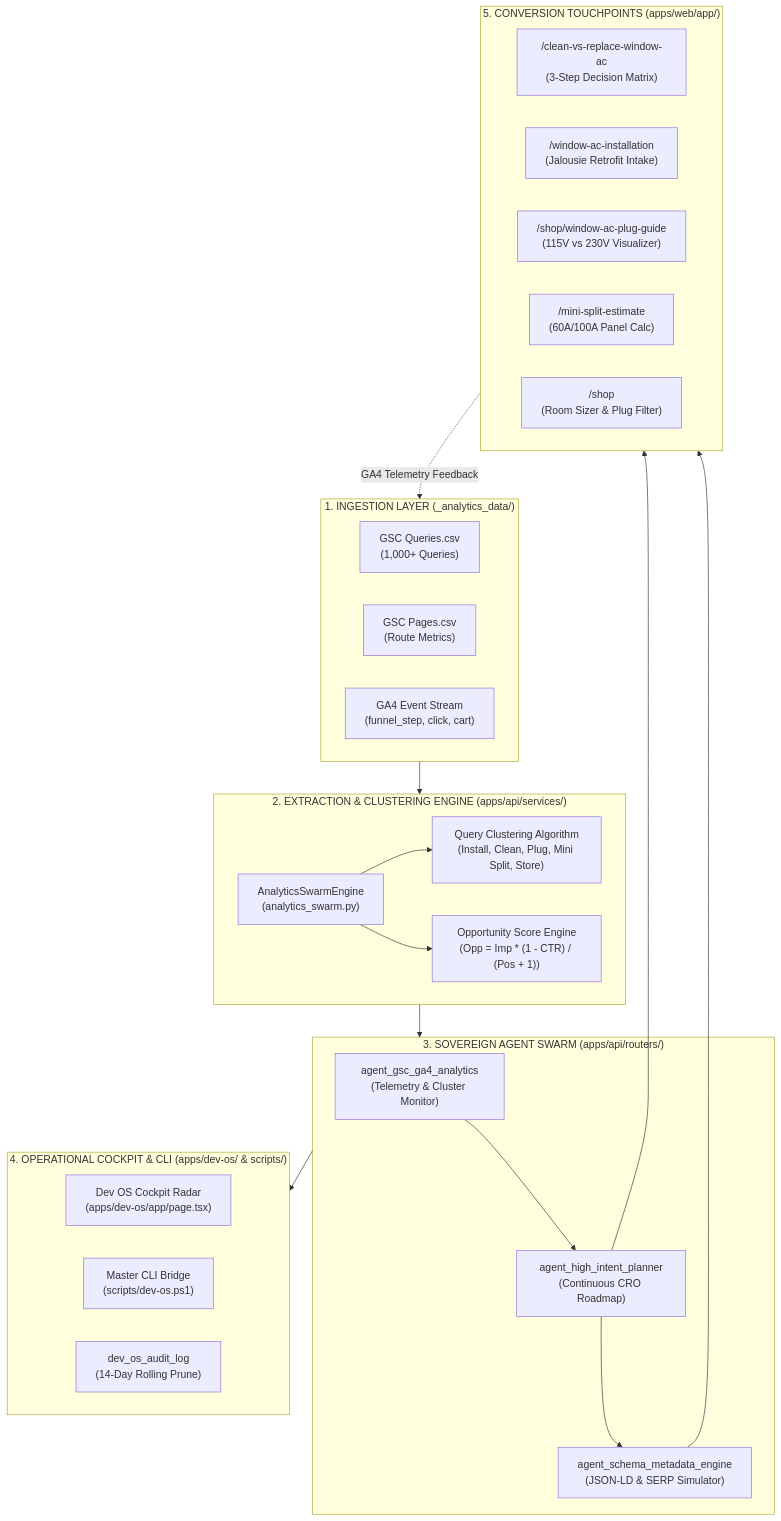
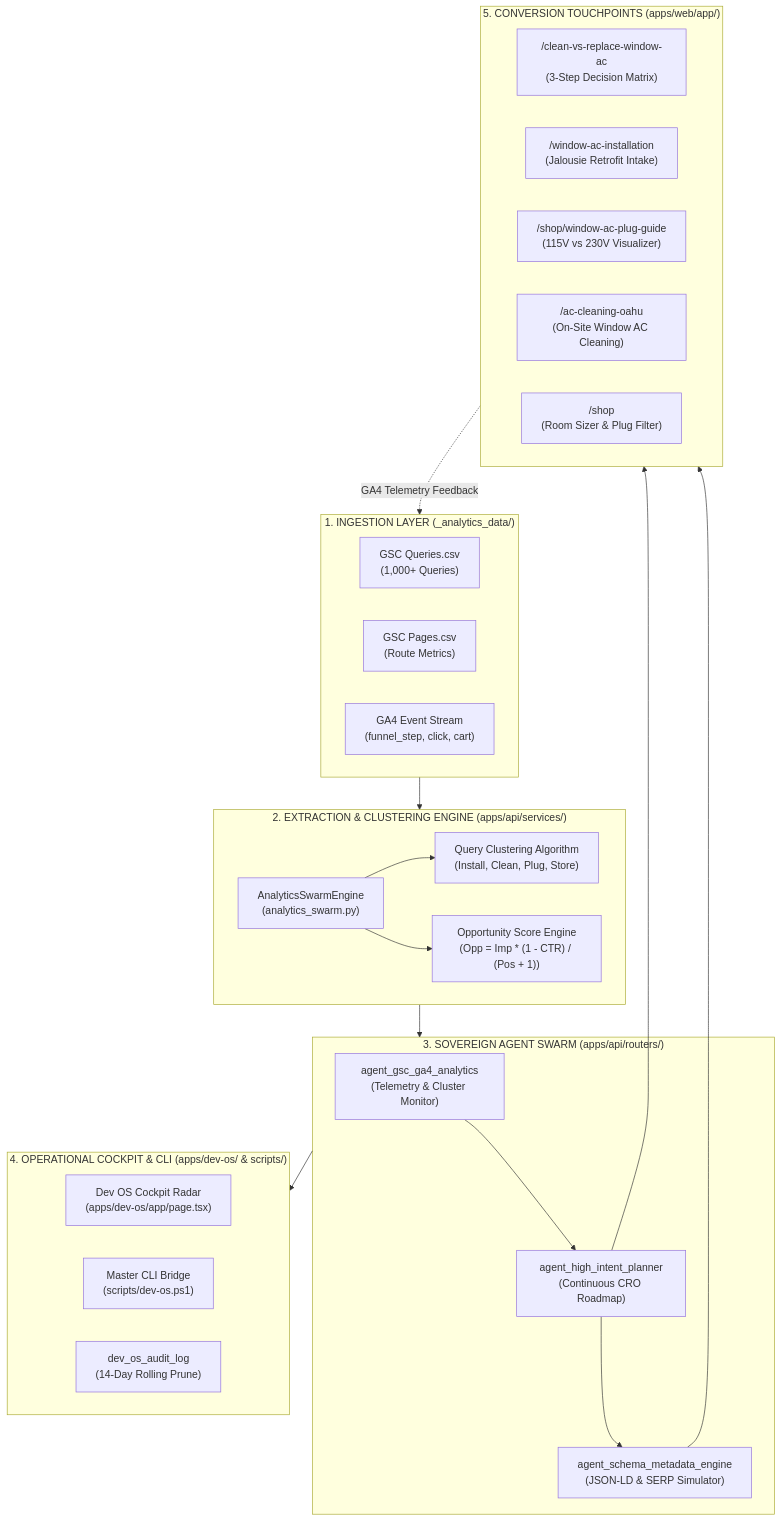
The diagram in docs/ANALYTICS_SWARM_ARCHITECTURE.md (TT-TechSoverign/ahacap26), drawn with Mermaid before and after one commit. The commit also changed other lines of this file and 179 other files, not shown here.

Commit message:
feat(epoch-20): consolidate 100% around Window ACs & Cleaning, Brian primary email + Tai BCC, remove CT-36775 & Split/Central AC

````diff
--- a/docs/ANALYTICS_SWARM_ARCHITECTURE.md
+++ b/docs/ANALYTICS_SWARM_ARCHITECTURE.md
@@ -22,45 +22,45 @@
 ```mermaid
 flowchart TD
     subgraph L1["1. INGESTION LAYER (_analytics_data/)"]
         GSC_Q["GSC Queries.csv<br/>(1,000+ Queries)"]
         GSC_P["GSC Pages.csv<br/>(Route Metrics)"]
         GA4_F["GA4 Event Stream<br/>(funnel_step, click, cart)"]
     end
 
     subgraph L2["2. EXTRACTION & CLUSTERING ENGINE (apps/api/services/)"]
         ASE["AnalyticsSwarmEngine<br/>(analytics_swarm.py)"]
-        CLUST["Query Clustering Algorithm<br/>(Install, Clean, Plug, Mini Split, Store)"]
+        CLUST["Query Clustering Algorithm<br/>(Install, Clean, Plug, Store)"]
         OPP["Opportunity Score Engine<br/>(Opp = Imp * (1 - CTR) / (Pos + 1))"]
     end
 
     subgraph L3["3. SOVEREIGN AGENT SWARM (apps/api/routers/)"]
         A_GSC["agent_gsc_ga4_analytics<br/>(Telemetry & Cluster Monitor)"]
         A_SCH["agent_schema_metadata_engine<br/>(JSON-LD & SERP Simulator)"]
         A_HIP["agent_high_intent_planner<br/>(Continuous CRO Roadmap)"]
     end
 
     subgraph L4["4. OPERATIONAL COCKPIT & CLI (apps/dev-os/ & scripts/)"]
         COCKPIT["Dev OS Cockpit Radar<br/>(apps/dev-os/app/page.tsx)"]
         CLI["Master CLI Bridge<br/>(scripts/dev-os.ps1)"]
         AUDIT["dev_os_audit_log<br/>(14-Day Rolling Prune)"]
     end
 
     subgraph L5["5. CONVERSION TOUCHPOINTS (apps/web/app/)"]
         P1["/clean-vs-replace-window-ac<br/>(3-Step Decision Matrix)"]
         P2["/window-ac-installation<br/>(Jalousie Retrofit Intake)"]
         P3["/shop/window-ac-plug-guide<br/>(115V vs 230V Visualizer)"]
-        P4["/mini-split-estimate<br/>(60A/100A Panel Calc)"]
+        P4["/ac-cleaning-oahu<br/>(On-Site Window AC Cleaning)"]
         P5["/shop<br/>(Room Sizer & Plug Filter)"]
     end
 
     L1 --> L2
     ASE --> CLUST
     ASE --> OPP
     L2 --> L3
     A_GSC --> A_HIP
     A_HIP --> A_SCH
     L3 --> L4
     A_HIP --> L5
     A_SCH --> L5
     L5 -.->|GA4 Telemetry Feedback| L1
 ```
````
